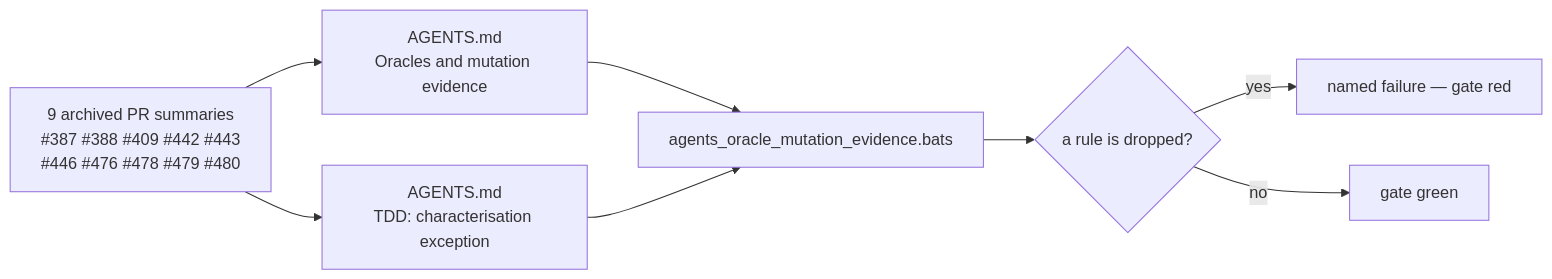
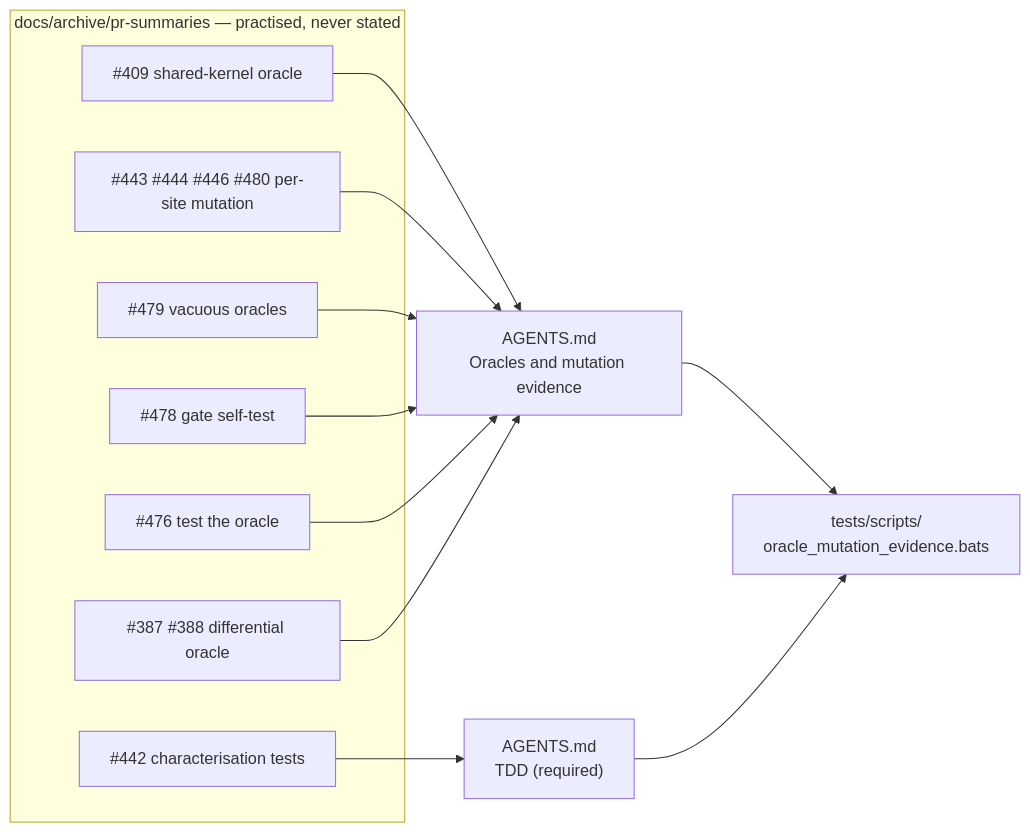
The diagram in docs/archive/pr-summaries/pr-summary-501.md (stSoftwareAU/NEAT-AI-core), drawn with Mermaid before and after one commit. The commit also changed other lines of this file, not shown here.

````diff
--- a/docs/archive/pr-summaries/pr-summary-501.md
+++ b/docs/archive/pr-summaries/pr-summary-501.md
@@ -69,10 +59,21 @@
 ```mermaid
 flowchart LR
-    A["9 archived PR summaries<br/>#387 #388 #409 #442 #443<br/>#446 #476 #478 #479 #480"] --> B["AGENTS.md<br/>Oracles and mutation evidence"]
-    A --> C["AGENTS.md<br/>TDD: characterisation exception"]
-    B --> D["agents_oracle_mutation_evidence.bats"]
-    C --> D
-    D --> E{"a rule is dropped?"}
-    E -- yes --> F["named failure — gate red"]
-    E -- no --> G["gate green"]
+    subgraph archive["docs/archive/pr-summaries — practised, never stated"]
+        P1["#409 shared-kernel oracle"]
+        P2["#443 #444 #446 #480 per-site mutation"]
+        P3["#479 vacuous oracles"]
+        P4["#478 gate self-test"]
+        P5["#476 test the oracle"]
+        P6["#387 #388 differential oracle"]
+        P7["#442 characterisation tests"]
+    end
+    P1 --> S["AGENTS.md<br/>Oracles and mutation evidence"]
+    P2 --> S
+    P3 --> S
+    P4 --> S
+    P5 --> S
+    P6 --> S
+    P7 --> T["AGENTS.md<br/>TDD (required)"]
+    S --> G["tests/scripts/<br/>oracle_mutation_evidence.bats"]
+    T --> G
 ```
````
